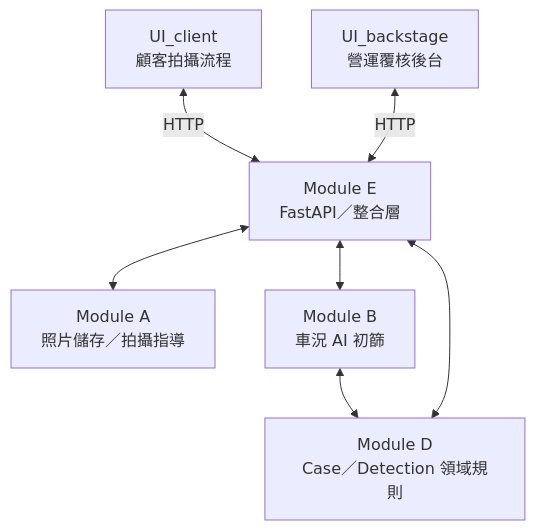
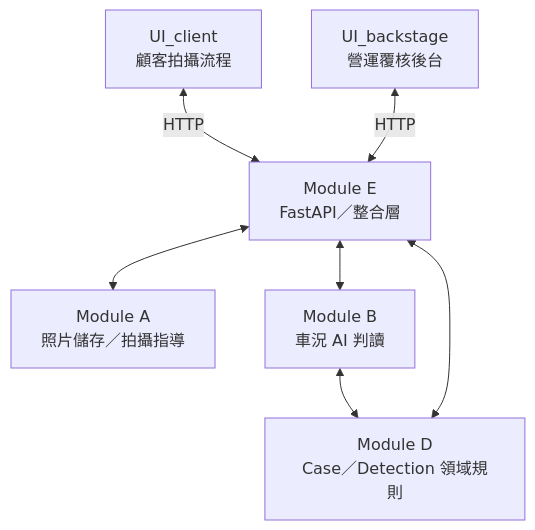
Before and after one commit to chenghao55/Hotai-Hackton-jjteam: the second of 2 diagrams in README.md, drawn with Mermaid. The commit also changed other lines of this file and 3 other files, not shown here.

````diff
--- a/README.md
+++ b/README.md
@@ -57,9 +58,9 @@
 ```mermaid
 flowchart TB
     Client[UI_client<br/>顧客拍攝流程] <-->|HTTP| E[Module E<br/>FastAPI／整合層]
     Staff[UI_backstage<br/>營運覆核後台] <-->|HTTP| E
     E <--> A[Module A<br/>照片儲存／拍攝指導]
-    E <--> B[Module B<br/>車況 AI 初篩]
+    E <--> B[Module B<br/>車況 AI 判讀]
     B <--> D[Module D<br/>Case／Detection 領域規則]
     E <--> D
 ```
````
